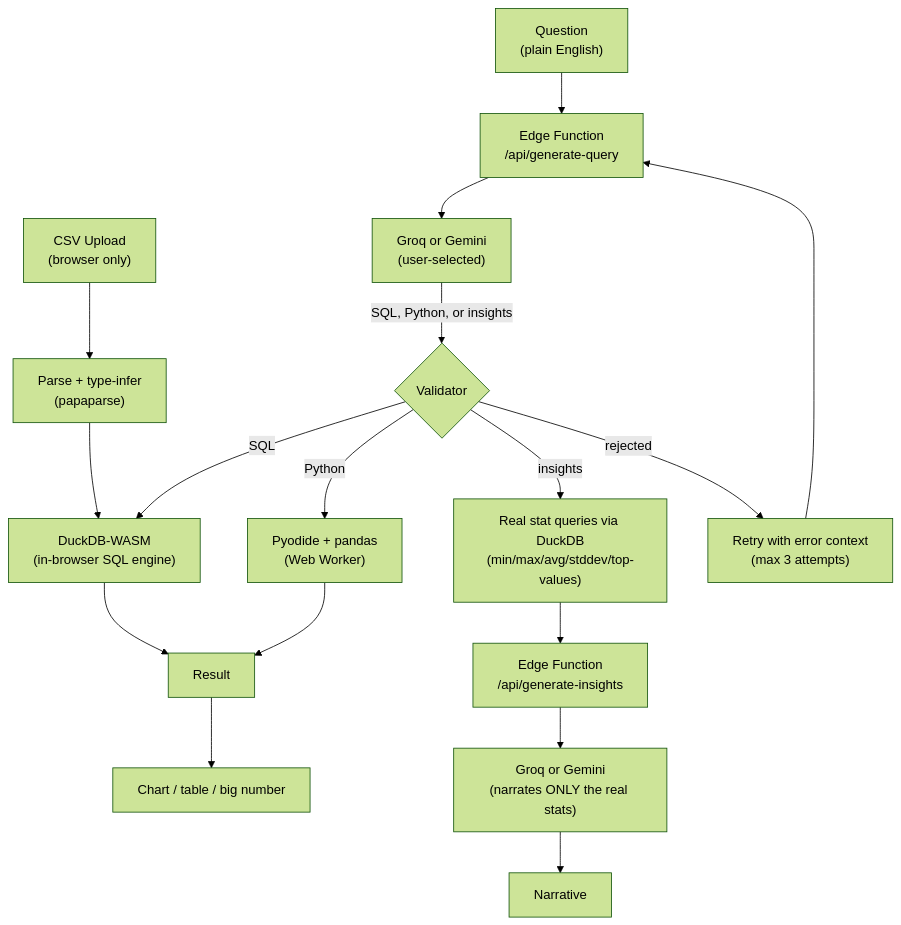
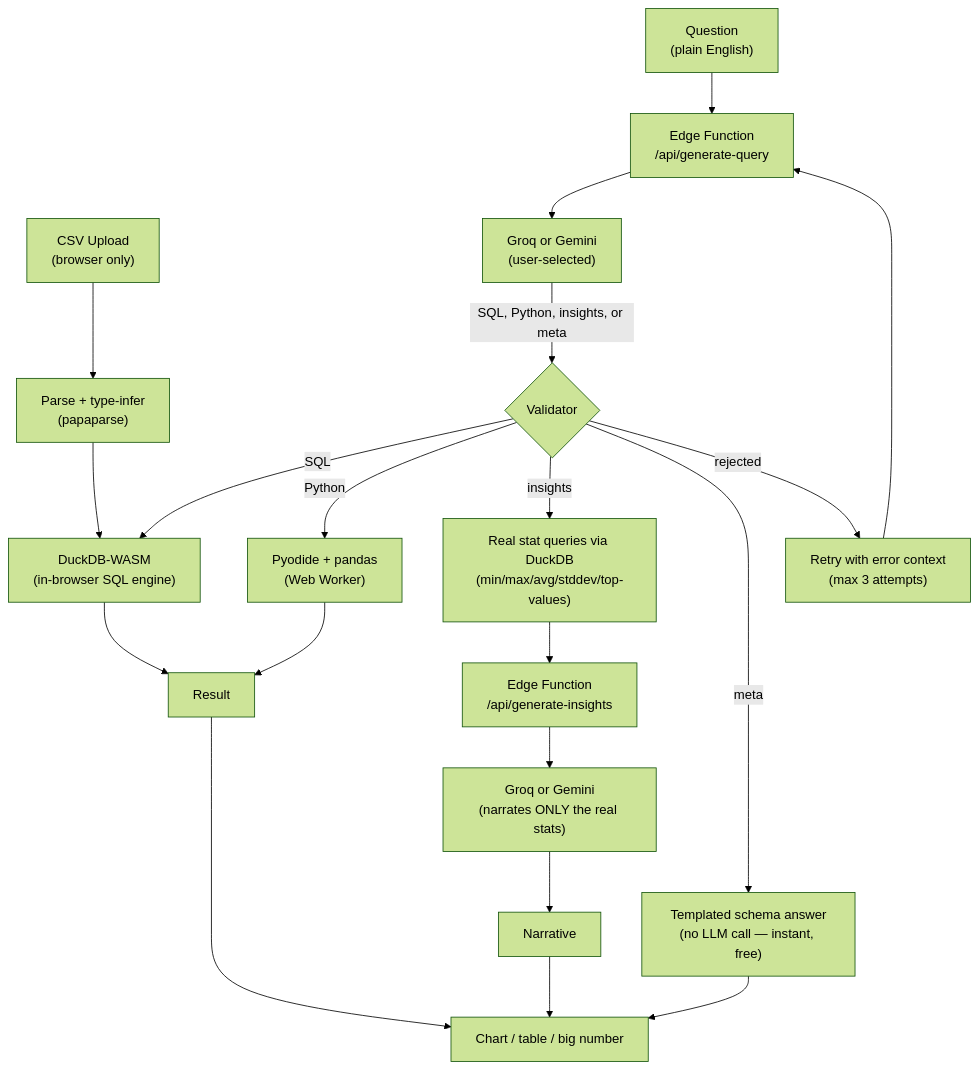
Before and after one commit to Zephyrex21/ai-data-analyst-agent: the diagram in README.md, drawn with Mermaid (forest theme). The commit also changed other lines of this file and 13 other files, not shown here.

````diff
--- a/README.md
+++ b/README.md
@@ -21,23 +21,26 @@
 ```mermaid
 flowchart TD
     U["CSV Upload<br/>(browser only)"] --> P["Parse + type-infer<br/>(papaparse)"]
     P --> D["DuckDB-WASM<br/>(in-browser SQL engine)"]
 
     Q["Question<br/>(plain English)"] --> E["Edge Function<br/>/api/generate-query"]
     E --> G["Groq or Gemini<br/>(user-selected)"]
-    G -->|"SQL, Python, or insights"| V{"Validator"}
+    G -->|"SQL, Python, insights, or meta"| V{"Validator"}
 
     V -->|"SQL"| D
     V -->|"Python"| PY["Pyodide + pandas<br/>(Web Worker)"]
     V -->|"insights"| STAT["Real stat queries via DuckDB<br/>(min/max/avg/stddev/top-values)"]
+    V -->|"meta"| META["Templated schema answer<br/>(no LLM call — instant, free)"]
     V -->|"rejected"| R["Retry with error context<br/>(max 3 attempts)"]
     R --> E
 
     STAT --> NAR["Edge Function<br/>/api/generate-insights"]
     NAR --> G2["Groq or Gemini<br/>(narrates ONLY the real stats)"]
     G2 --> NARR["Narrative"]
 
     D --> RES["Result"]
     PY --> RES
     RES --> C["Chart / table / big number"]
+    NARR --> C
+    META --> C
 ```
````
